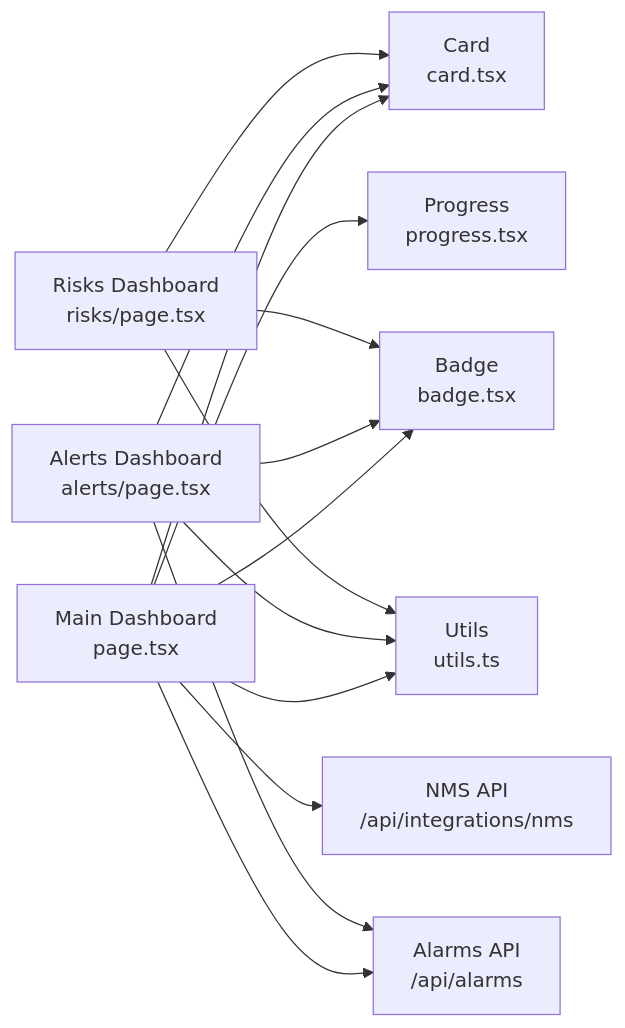
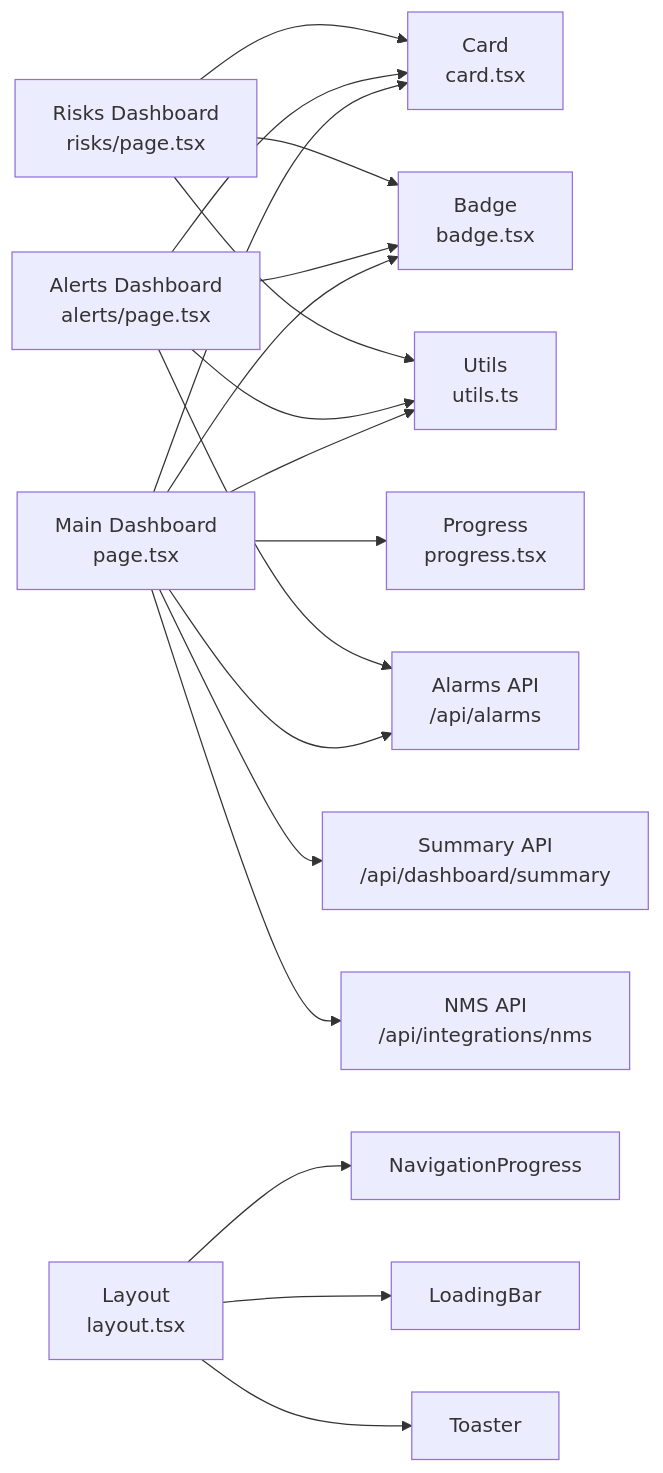
Before and after one commit to celebigilfatih/infrascope: the tenth of 10 diagrams in .qoder/repowiki/en/content/Analytics & Reporting/Dashboard Components.md, drawn with Mermaid. The commit also changed other lines of this file and 6 other files, not shown here.

````diff
--- a/.qoder/repowiki/en/content/Analytics & Reporting/Dashboard Components.md
+++ b/.qoder/repowiki/en/content/Analytics & Reporting/Dashboard Components.md
@@ -345,16 +476,20 @@
 ```mermaid
 graph LR
 MAIN["Main Dashboard<br/>page.tsx"] --> CARD["Card<br/>card.tsx"]
 MAIN --> PROG["Progress<br/>progress.tsx"]
 MAIN --> BADGE["Badge<br/>badge.tsx"]
 MAIN --> UTILS["Utils<br/>utils.ts"]
+MAIN --> SUMMARY["Summary API<br/>/api/dashboard/summary"]
 MAIN --> ALARMS["Alarms API<br/>/api/alarms"]
 MAIN --> NMSAPI["NMS API<br/>/api/integrations/nms"]
 ALERTS["Alerts Dashboard<br/>alerts/page.tsx"] --> CARD
 ALERTS --> BADGE
 ALERTS --> UTILS
 ALERTS --> ALARMS
 RISKS["Risks Dashboard<br/>risks/page.tsx"] --> CARD
 RISKS --> BADGE
 RISKS --> UTILS
+LAYOUT["Layout<br/>layout.tsx"] --> NAVPROG["NavigationProgress"]
+LAYOUT --> LOADBAR["LoadingBar"]
+LAYOUT --> TOASTER["Toaster"]
 ```
````
